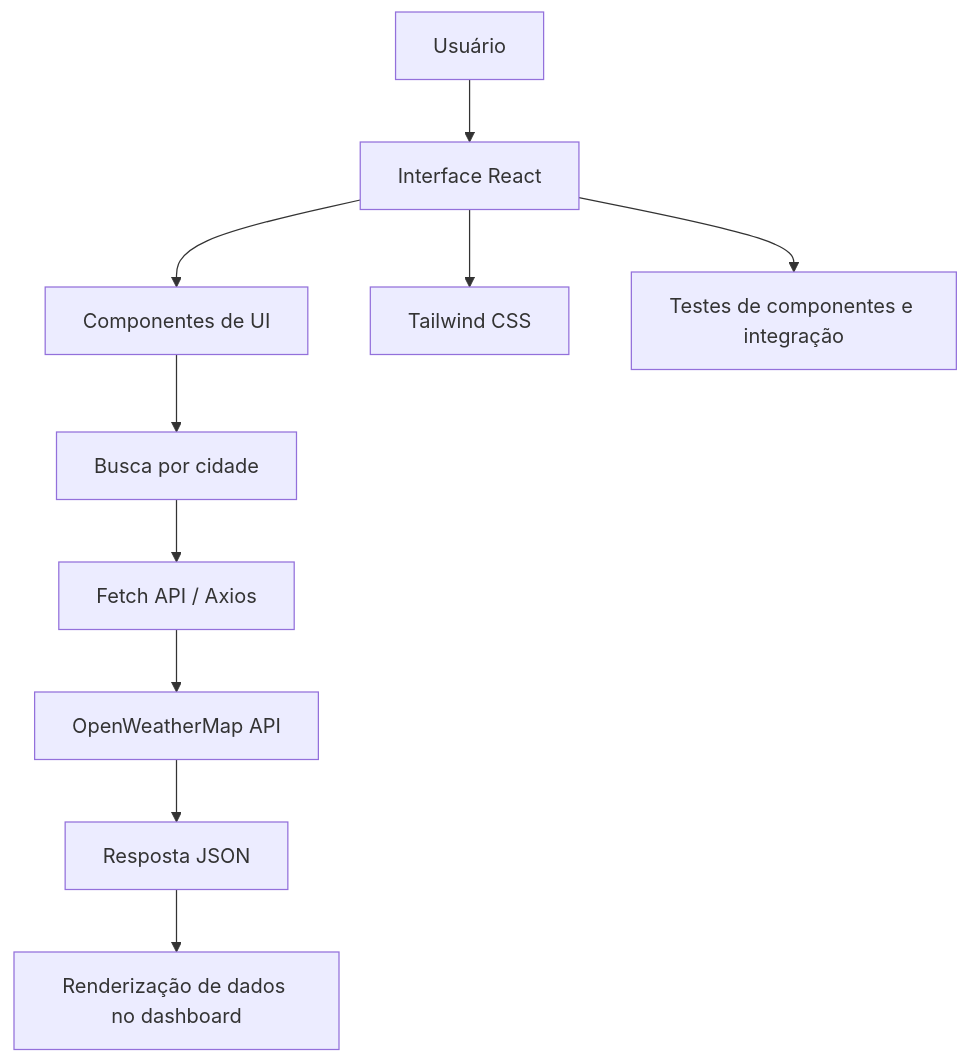
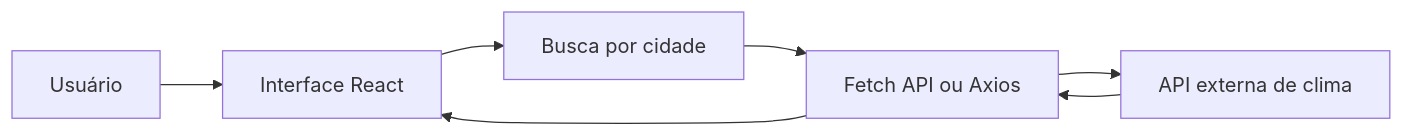
One commit to profmarciano/ESP_T2_ES_C4 changed the diagram in docs/README.md. Above: the diagram before and after it, drawn with Mermaid. The commit also changed other lines of this file, not shown here.

````diff
--- a/docs/README.md
+++ b/docs/README.md
@@ -54,13 +87,9 @@
 ```mermaid
-graph TD
-    A[Usuário] --> B[Interface React]
-    B --> C[Componentes de UI]
-    C --> D[Busca por cidade]
-    D --> E[Fetch API / Axios]
-    E --> F[OpenWeatherMap API]
-    F --> G[Resposta JSON]
-    G --> H[Renderização de dados no dashboard]
-
-    B --> I[Tailwind CSS]
-    B --> J[Testes de componentes e integração]
+graph LR
+    User[Usuário] --> UI[Interface React]
+    UI --> Search[Busca por cidade]
+    Search --> Http[Fetch API ou Axios]
+    Http --> Weather[API externa de clima]
+    Weather --> Http
+    Http --> UI
 ```
````
